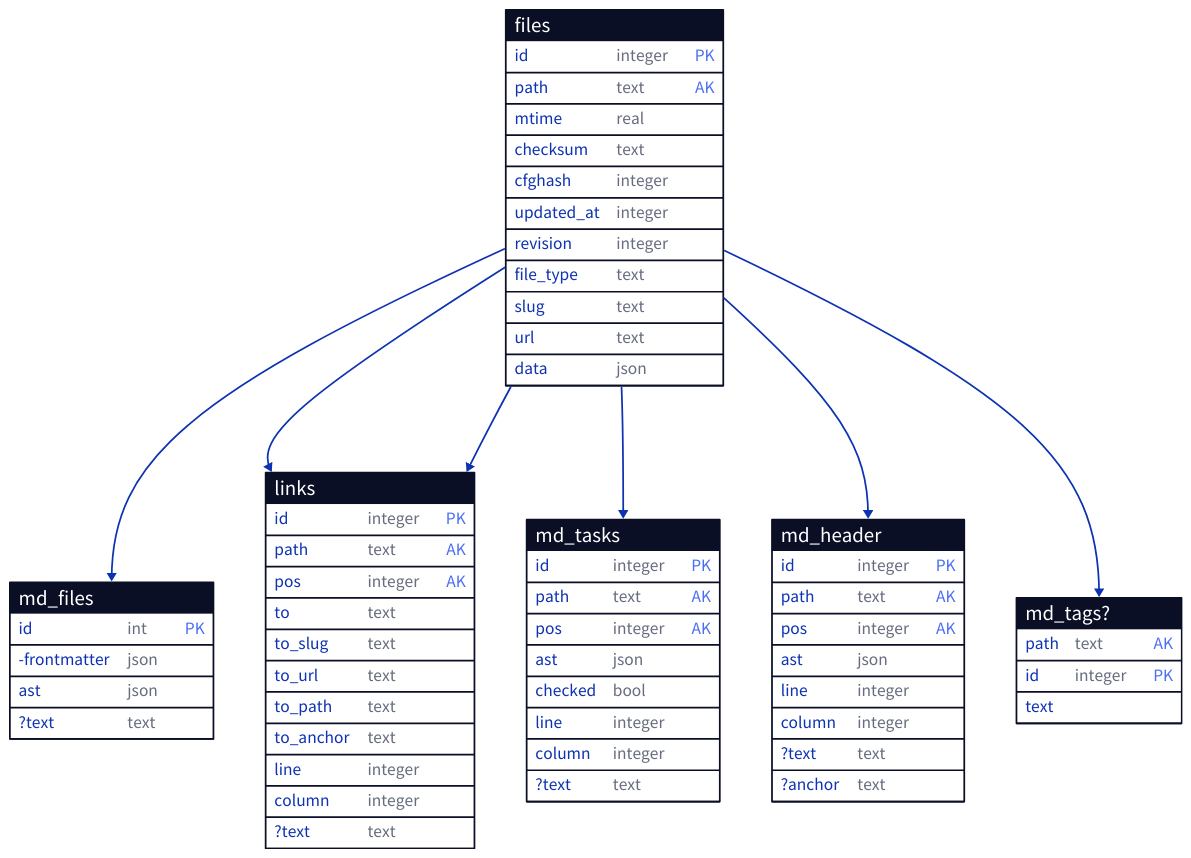
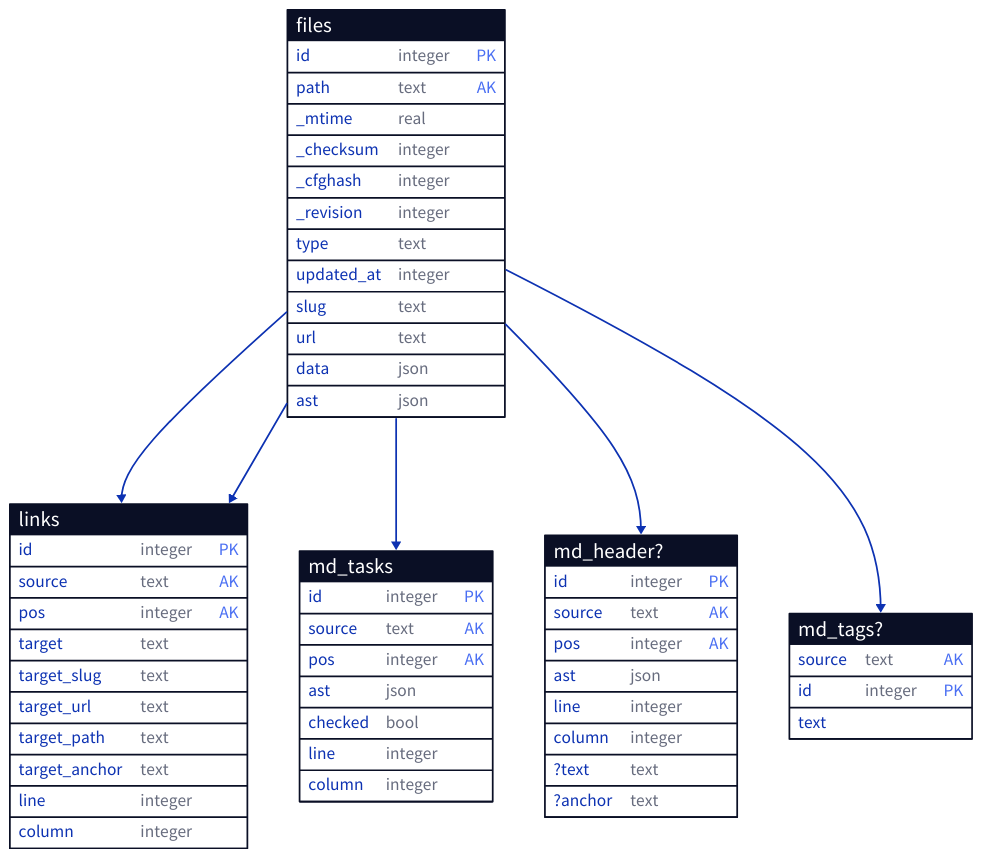
Before and after one commit to stereobooster/braindb: the third of 3 diagrams in packages/docs/src/content/docs/notes/brainstorming.md, drawn with D2. The commit also changed other lines of this file and 6 other files, not shown here.

````diff
--- a/packages/docs/src/content/docs/notes/brainstorming.md
+++ b/packages/docs/src/content/docs/notes/brainstorming.md
@@ -68,81 +64,70 @@
 ```d2
 files: {
   shape: sql_table
   id: integer {constraint: primary_key}
   path: text {constraint: AK}
-  mtime: real
-  checksum: text
-  cfghash: integer
+  _mtime: real
+  _checksum: integer
+  _cfghash: integer
+  _revision: integer
+  type: text
   updated_at: integer
-  revision: integer
-  file_type: text
   slug: text
   url: text
   data: json
+  ast: json
 }
-
-md_files: {
-  shape: sql_table
-  id: int {constraint: primary_key}
-  -frontmatter: json
-  ast: json
-  ?text: text
-}
-
-files.id -> md_files.id
 
 links: {
   shape: sql_table
   id: integer {constraint: primary_key}
-  path: text {constraint: AK}
+  source: text {constraint: AK}
   pos: integer {constraint: AK}
-  to: text
-  to_slug: text
-  to_url: text
-  to_path: text
-  to_anchor: text
+  target: text
+  target_slug: text
+  target_url: text
+  target_path: text
+  target_anchor: text
   line: integer
   column: integer
-  ?text: text
 }
 
-files.path -> links.path
-files.path -> links.to
+files.path -> links.source
+files.path -> links.target
 
 md_tasks: {
   shape: sql_table
   id: integer {constraint: primary_key}
-  path: text {constraint: AK}
+  source: text {constraint: AK}
   pos: integer {constraint: AK}
   ast: json
   checked: bool
   line: integer
   column: integer
-  ?text: text
 }
 
-files.path -> md_tasks.path
+files.path -> md_tasks.source
 
-md_header: {
+md_header?: {
   shape: sql_table
   id: integer {constraint: primary_key}
-  path: text {constraint: AK}
+  source: text {constraint: AK}
   pos: integer {constraint: AK}
   ast: json
   line: integer
   column: integer
   ?text: text
   ?anchor: text
 }
 
-files.path -> md_header.path
+files.path -> md_header?.source
 
-files.path -> md_tags?.path
+files.path -> md_tags?.source
 
 md_tags?: {
   shape: sql_table
   id: integer {constraint: primary_key}
-  path: text {constraint: AK}
+  source: text {constraint: AK}
   text: text
 }
 ```
````
